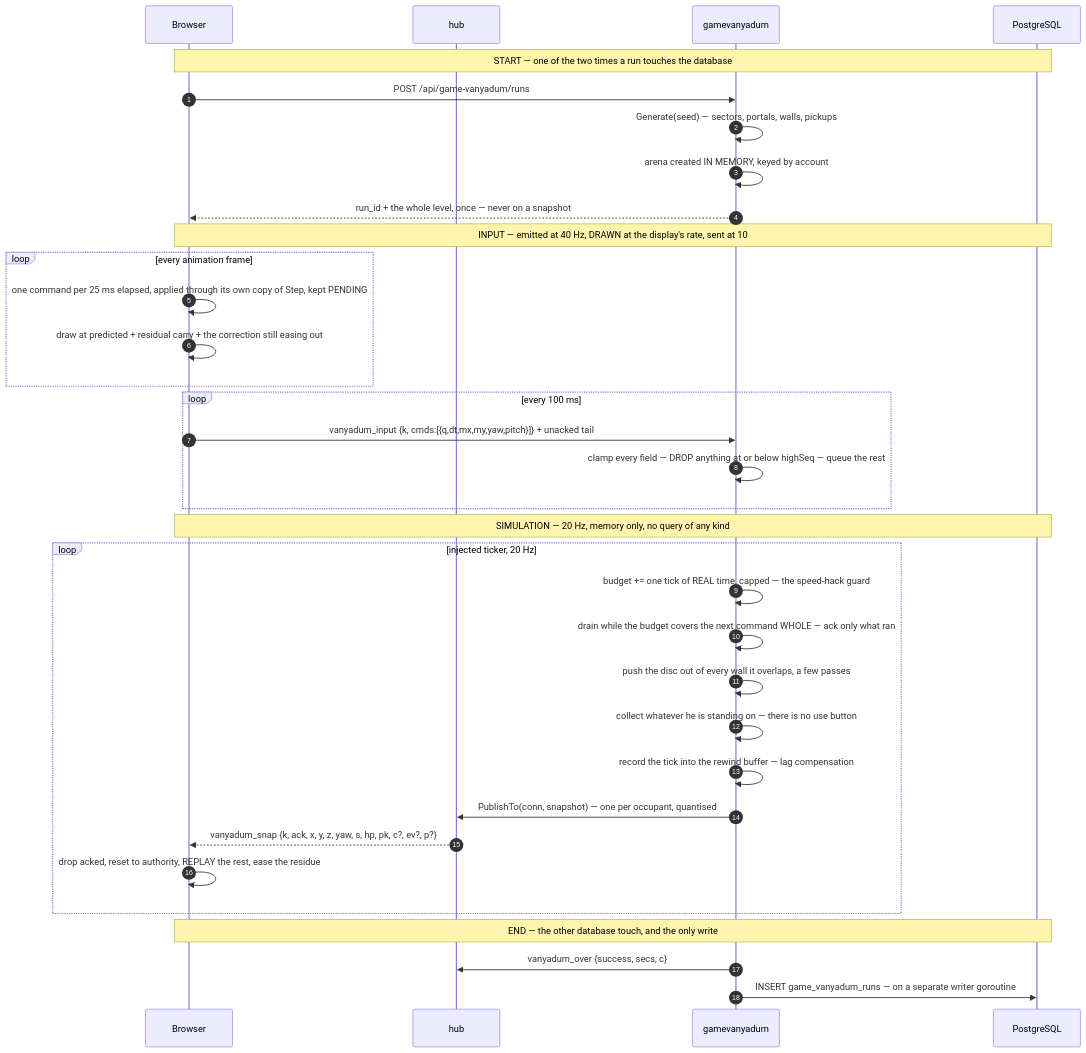
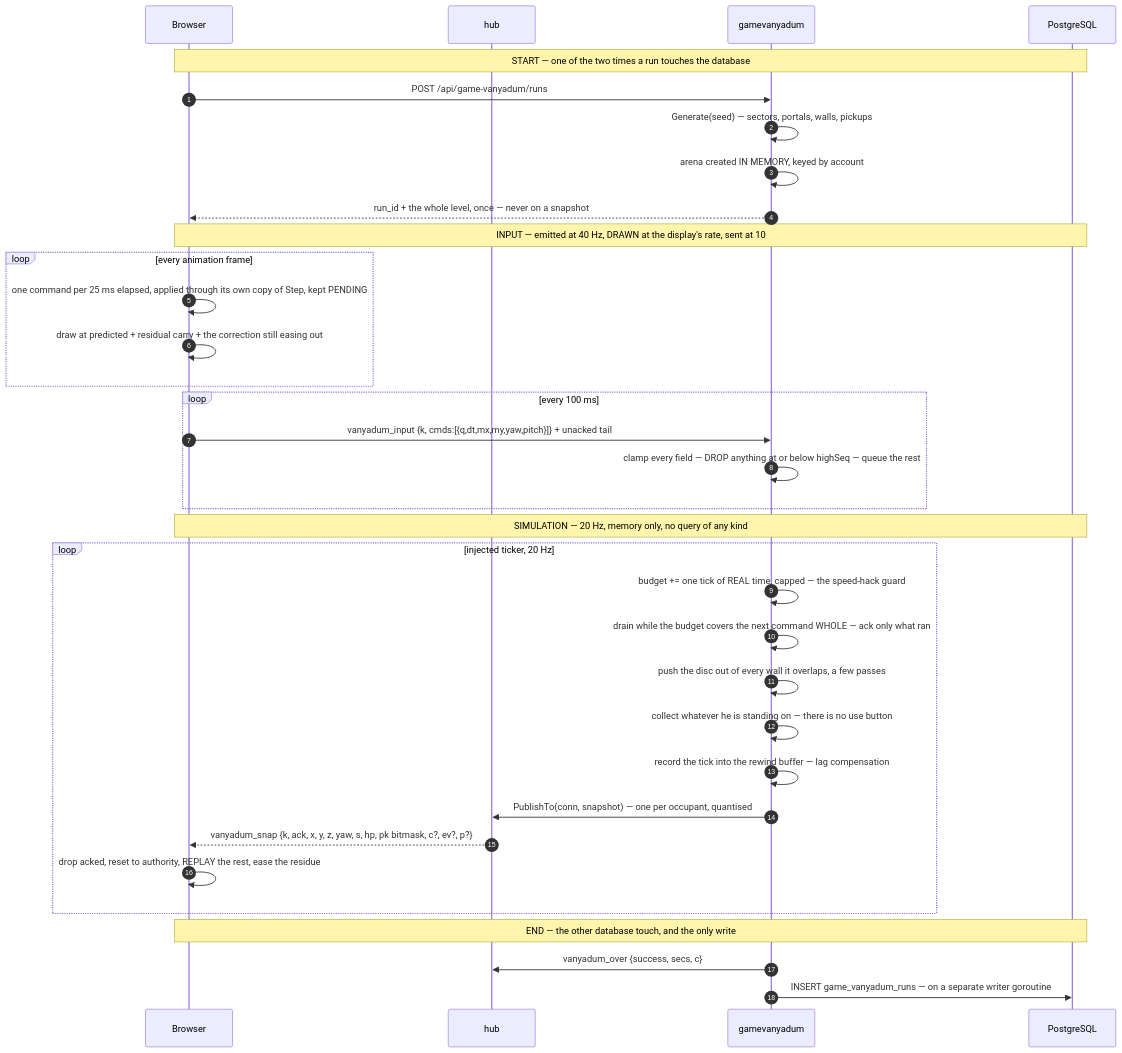
Before and after one commit to SergeyZSpb/psycho-space: the eighth of 13 diagrams in docs/ARCHITECTURE.md, drawn with Mermaid. The commit also changed other lines of this file and 12 other files, not shown here.

````diff
--- a/docs/ARCHITECTURE.md
+++ b/docs/ARCHITECTURE.md
@@ -321,40 +321,40 @@
 ```mermaid
 sequenceDiagram
     autonumber
     participant B as Browser
     participant H as hub
     participant G as gamevanyadum
     participant P as PostgreSQL
 
     Note over B,P: START — one of the two times a run touches the database
     B->>G: POST /api/game-vanyadum/runs
     G->>G: Generate(seed) — sectors, portals, walls, pickups
     G->>G: arena created IN MEMORY, keyed by account
     G-->>B: run_id + the whole level, once — never on a snapshot
 
     Note over B,P: INPUT — emitted at 40 Hz, DRAWN at the display's rate, sent at 10
     loop every animation frame
         B->>B: one command per 25 ms elapsed, applied through its own copy of Step, kept PENDING
         B->>B: draw at predicted + residual carry + the correction still easing out
     end
     loop every 100 ms
         B->>G: vanyadum_input {k, cmds:[{q,dt,mx,my,yaw,pitch}]} + unacked tail
         G->>G: clamp every field — DROP anything at or below highSeq — queue the rest
     end
 
     Note over B,P: SIMULATION — 20 Hz, memory only, no query of any kind
     loop injected ticker, 20 Hz
         G->>G: budget += one tick of REAL time, capped — the speed-hack guard
         G->>G: drain while the budget covers the next command WHOLE — ack only what ran
         G->>G: push the disc out of every wall it overlaps, a few passes
         G->>G: collect whatever he is standing on — there is no use button
         G->>G: record the tick into the rewind buffer — lag compensation
         G->>H: PublishTo(conn, snapshot) — one per occupant, quantised
-        H-->>B: vanyadum_snap {k, ack, x, y, z, yaw, s, hp, pk, c?, ev?, p?}
+        H-->>B: vanyadum_snap {k, ack, x, y, z, yaw, s, hp, pk bitmask, c?, ev?, p?}
         B->>B: drop acked, reset to authority, REPLAY the rest, ease the residue
     end
 
     Note over B,P: END — the other database touch, and the only write
     G->>H: vanyadum_over {success, secs, c}
     G->>P: INSERT game_vanyadum_runs — on a separate writer goroutine
 ```
````
